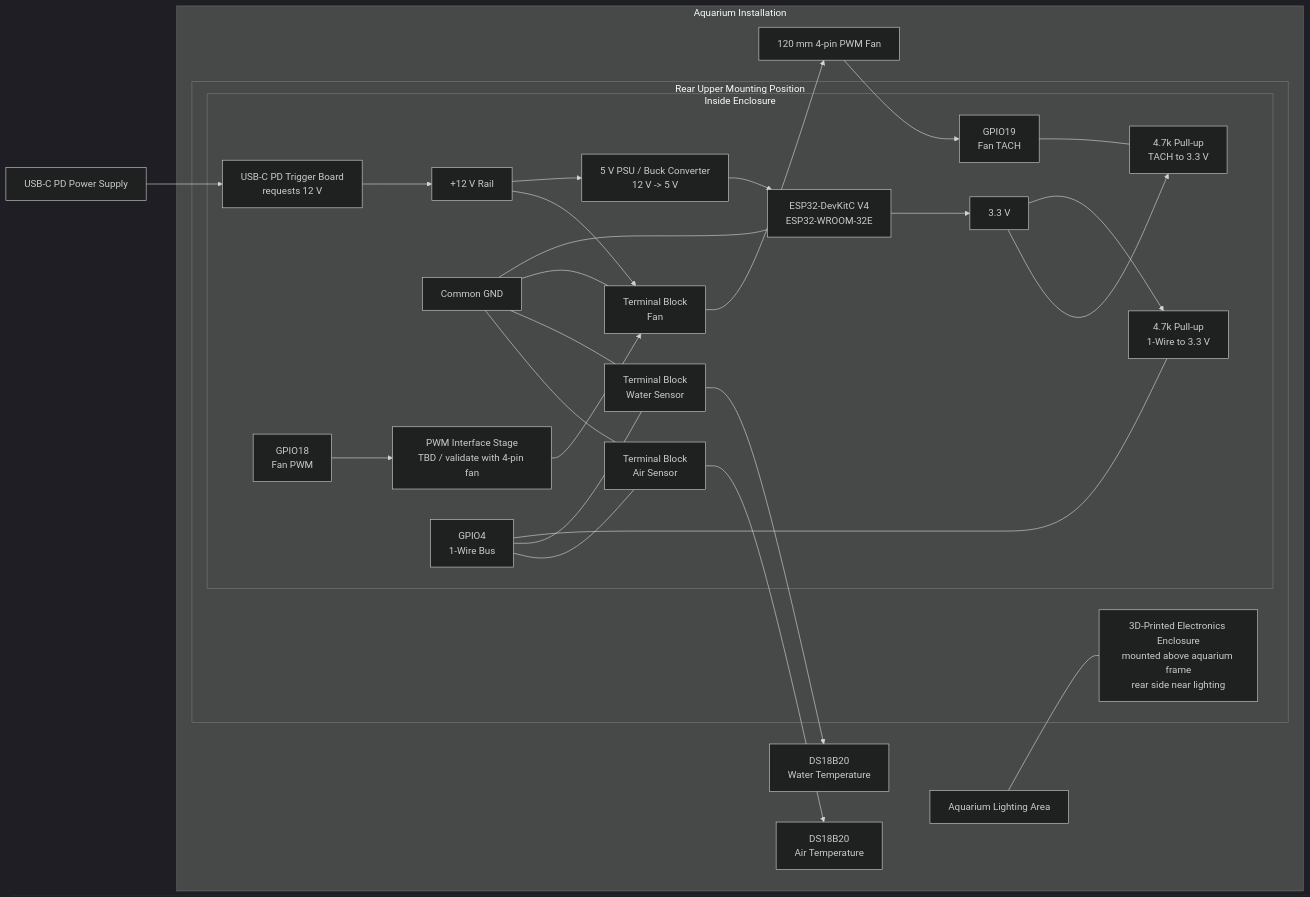
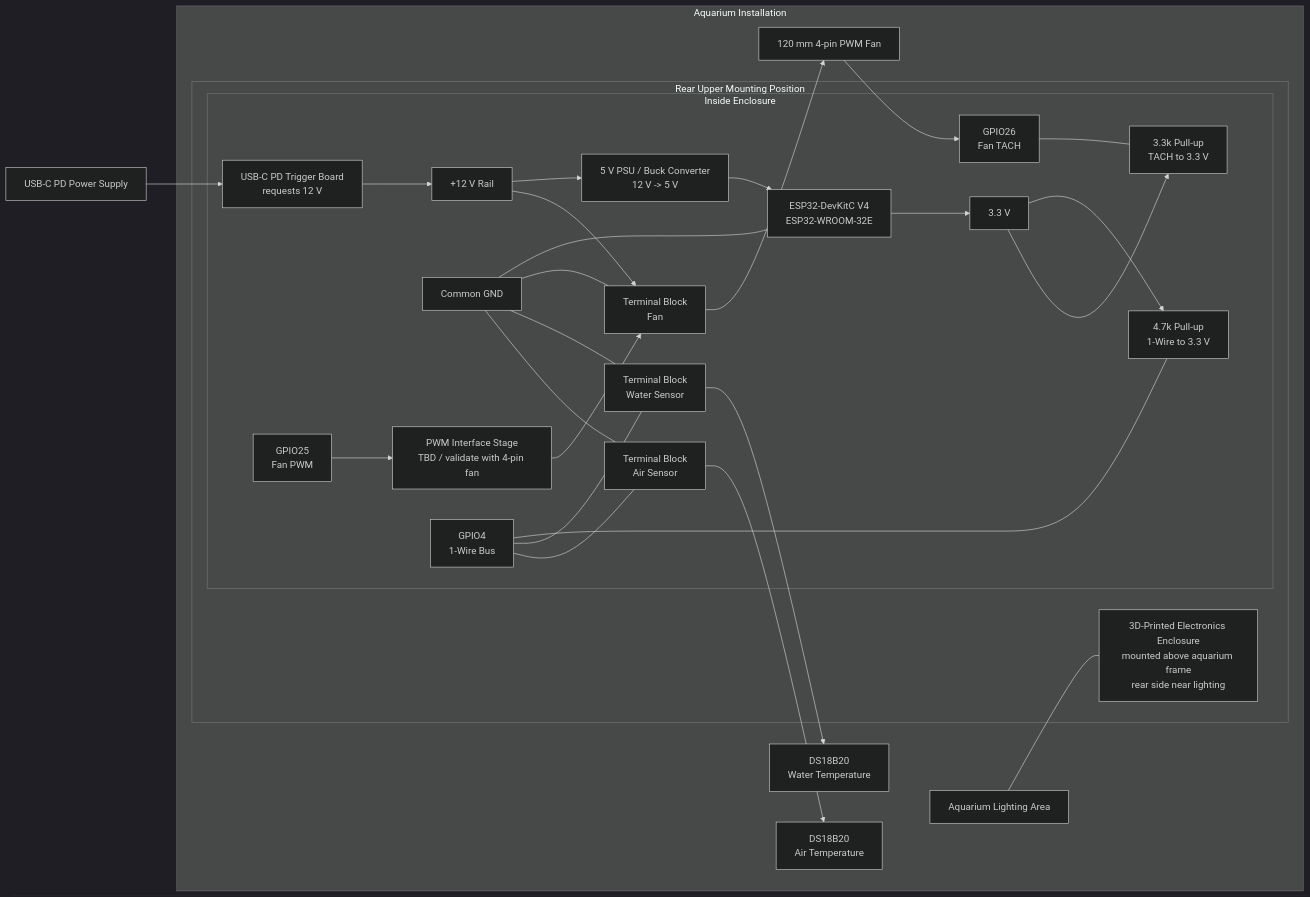
Before and after one commit to TeeVau/aquarium-cooling-controller: the diagram in docs/design/schematic-sketch.mmd, drawn with Mermaid (dark theme). The commit also changed 13 other files, not shown here.

```diff
--- a/docs/design/schematic-sketch.mmd
+++ b/docs/design/schematic-sketch.mmd
@@ -1,64 +1,64 @@
 flowchart LR
   PSU["USB-C PD Power Supply"]
 
   subgraph "Aquarium Installation"
     subgraph "Rear Upper Mounting Position"
       ENC["3D-Printed Electronics Enclosure<br/>mounted above aquarium frame<br/>rear side near lighting"]
 
       subgraph "Inside Enclosure"
         PD["USB-C PD Trigger Board<br/>requests 12 V"]
         V12["+12 V Rail"]
         PSU5["5 V PSU / Buck Converter<br/>12 V -> 5 V"]
         GND["Common GND"]
         ESP["ESP32-DevKitC V4<br/>ESP32-WROOM-32E"]
         V33["3.3 V"]
         PULL1["4.7k Pull-up<br/>1-Wire to 3.3 V"]
-        PULL2["4.7k Pull-up<br/>TACH to 3.3 V"]
+        PULL2["3.3k Pull-up<br/>TACH to 3.3 V"]
         PWMIF["PWM Interface Stage<br/>TBD / validate with 4-pin fan"]
 
         TERMF["Terminal Block<br/>Fan"]
         TERMSW["Terminal Block<br/>Water Sensor"]
         TERMSA["Terminal Block<br/>Air Sensor"]
 
-        GPIO18["GPIO18<br/>Fan PWM"]
-        GPIO19["GPIO19<br/>Fan TACH"]
+        GPIO25["GPIO25<br/>Fan PWM"]
+        GPIO26["GPIO26<br/>Fan TACH"]
         GPIO4["GPIO4<br/>1-Wire Bus"]
       end
     end
 
     FAN["120 mm 4-pin PWM Fan"]
     DSW["DS18B20<br/>Water Temperature"]
     DSA["DS18B20<br/>Air Temperature"]
     LIGHT["Aquarium Lighting Area"]
   end
 
   PSU --> PD
   PD --> V12
   V12 --> PSU5
   V12 --> TERMF
   PSU5 --> ESP
 
   ESP --> V33
   V33 --> PULL1
   V33 --> PULL2
 
   GPIO4 --- PULL1
   GPIO4 --- TERMSW
   GPIO4 --- TERMSA
 
-  GPIO18 --> PWMIF
+  GPIO25 --> PWMIF
   PWMIF --> TERMF
 
   TERMF --> FAN
   TERMSW --> DSW
   TERMSA --> DSA
 
-  FAN --> GPIO19
-  GPIO19 --- PULL2
+  FAN --> GPIO26
+  GPIO26 --- PULL2
 
   GND --- ESP
   GND --- TERMF
   GND --- TERMSW
   GND --- TERMSA
 
   LIGHT --- ENC
```
